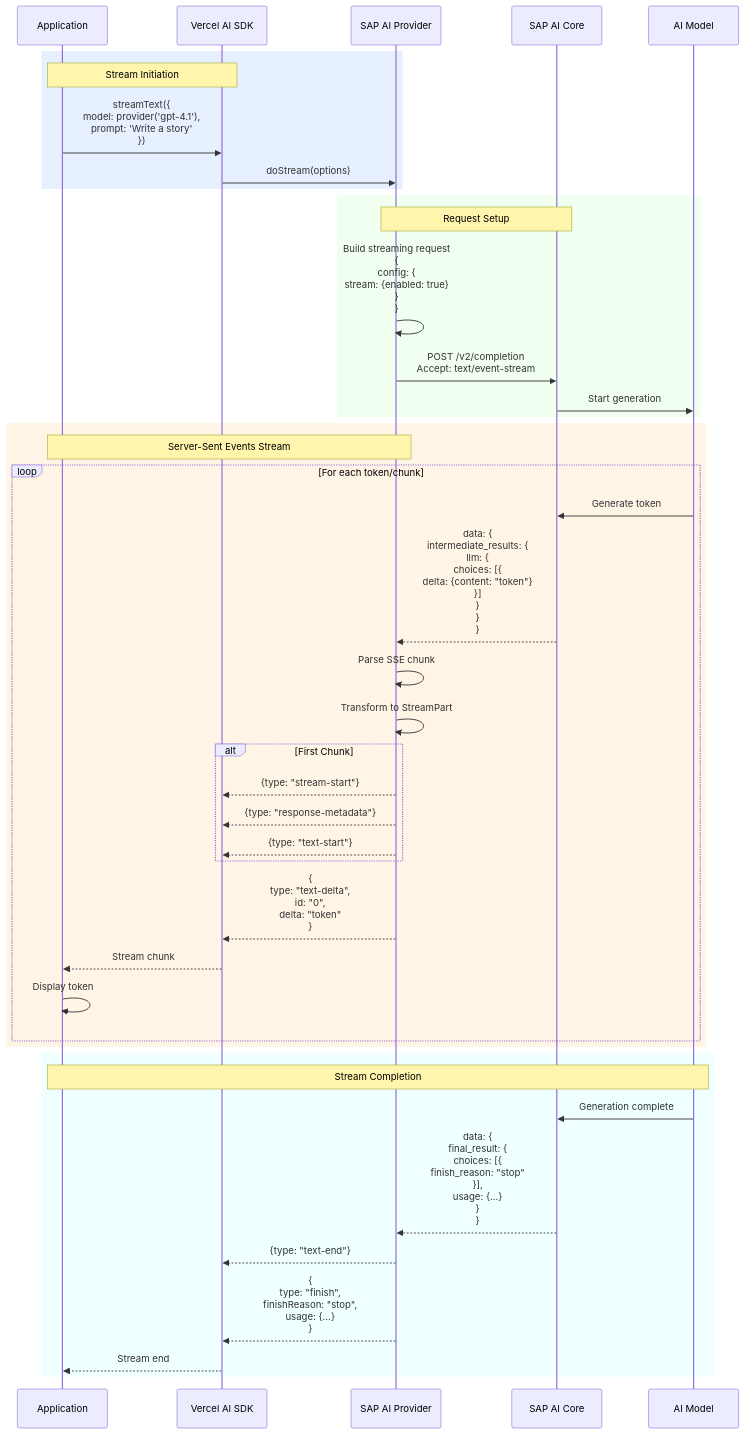
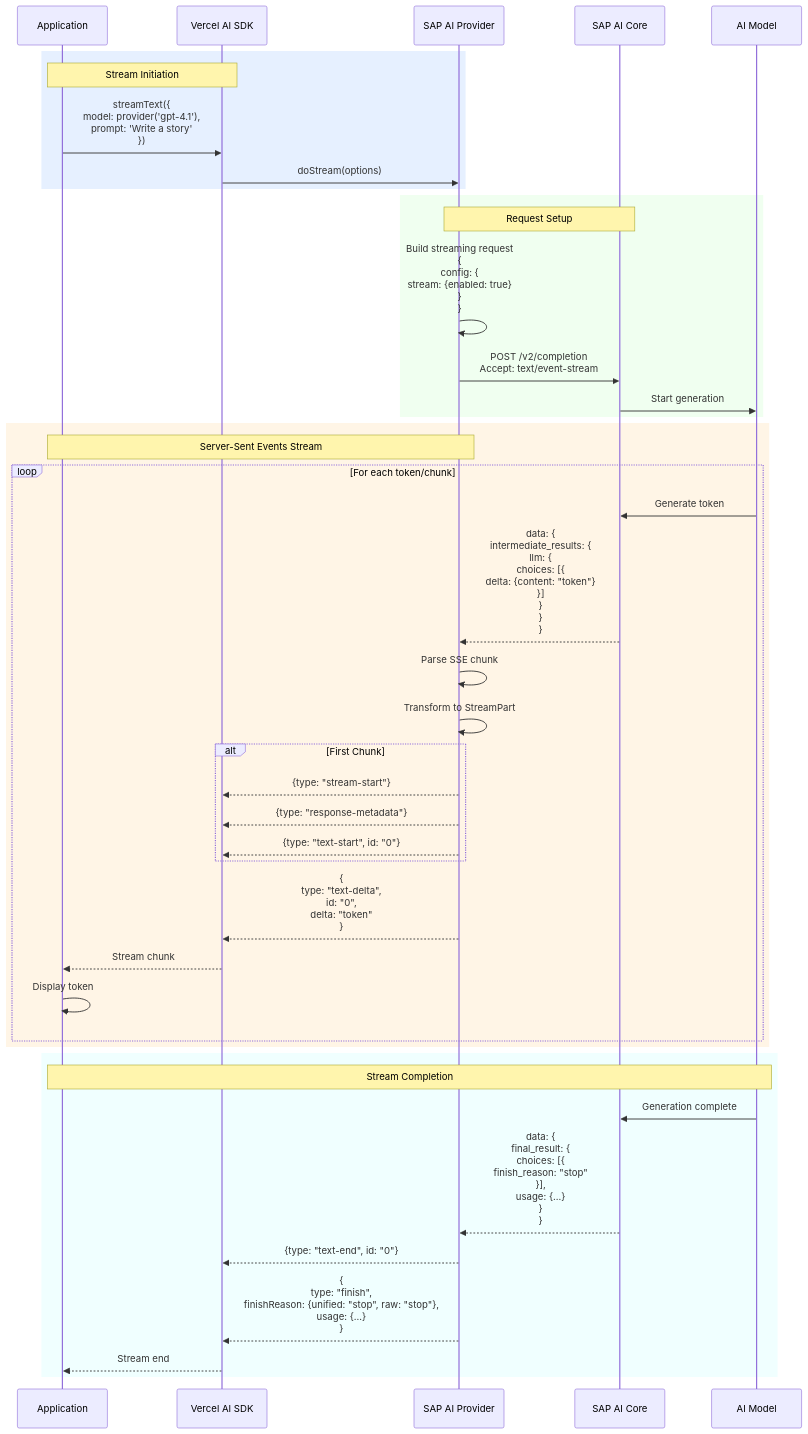
One commit to jerome-benoit/sap-ai-provider changed the fifth of 11 diagrams in ARCHITECTURE.md. Above: the diagram before and after it, drawn with Mermaid. The commit also changed other lines of this file and 59 other files, not shown here.

````diff
--- a/ARCHITECTURE.md
+++ b/ARCHITECTURE.md
@@ -449,50 +459,50 @@
 ```mermaid
 sequenceDiagram
     participant App as Application
     participant SDK as Vercel AI SDK
     participant Provider as SAP AI Provider
     participant SAP as SAP AI Core
     participant Model as AI Model
 
     rect rgb(230, 240, 255)
         Note over App,SDK: Stream Initiation
         App->>SDK: streamText({<br/>  model: provider('gpt-4.1'),<br/>  prompt: 'Write a story'<br/>})
         SDK->>Provider: doStream(options)
     end
 
     rect rgb(240, 255, 240)
         Note over Provider,SAP: Request Setup
         Provider->>Provider: Build streaming request<br/>{<br/>  config: {<br/>    stream: {enabled: true}<br/>  }<br/>}
         Provider->>SAP: POST /v2/completion<br/>Accept: text/event-stream
         SAP->>Model: Start generation
     end
 
     rect rgb(255, 245, 230)
         Note over Provider,App: Server-Sent Events Stream
         loop For each token/chunk
             Model->>SAP: Generate token
             SAP-->>Provider: data: {<br/>  intermediate_results: {<br/>    llm: {<br/>      choices: [{<br/>        delta: {content: "token"}<br/>      }]<br/>    }<br/>  }<br/>}
             Provider->>Provider: Parse SSE chunk
             Provider->>Provider: Transform to StreamPart
 
             alt First Chunk
                 Provider-->>SDK: {type: "stream-start"}
                 Provider-->>SDK: {type: "response-metadata"}
-                Provider-->>SDK: {type: "text-start"}
+                Provider-->>SDK: {type: "text-start", id: "0"}
             end
 
             Provider-->>SDK: {<br/>  type: "text-delta",<br/>  id: "0",<br/>  delta: "token"<br/>}
             SDK-->>App: Stream chunk
             App->>App: Display token
         end
     end
 
     rect rgb(240, 255, 255)
         Note over Model,App: Stream Completion
         Model->>SAP: Generation complete
         SAP-->>Provider: data: {<br/>  final_result: {<br/>    choices: [{<br/>      finish_reason: "stop"<br/>    }],<br/>    usage: {...}<br/>  }<br/>}
-        Provider-->>SDK: {type: "text-end"}
-        Provider-->>SDK: {<br/>  type: "finish",<br/>  finishReason: "stop",<br/>  usage: {...}<br/>}
+        Provider-->>SDK: {type: "text-end", id: "0"}
+        Provider-->>SDK: {<br/>  type: "finish",<br/>  finishReason: {unified: "stop", raw: "stop"},<br/>  usage: {...}<br/>}
         SDK-->>App: Stream end
     end
 ```
````
